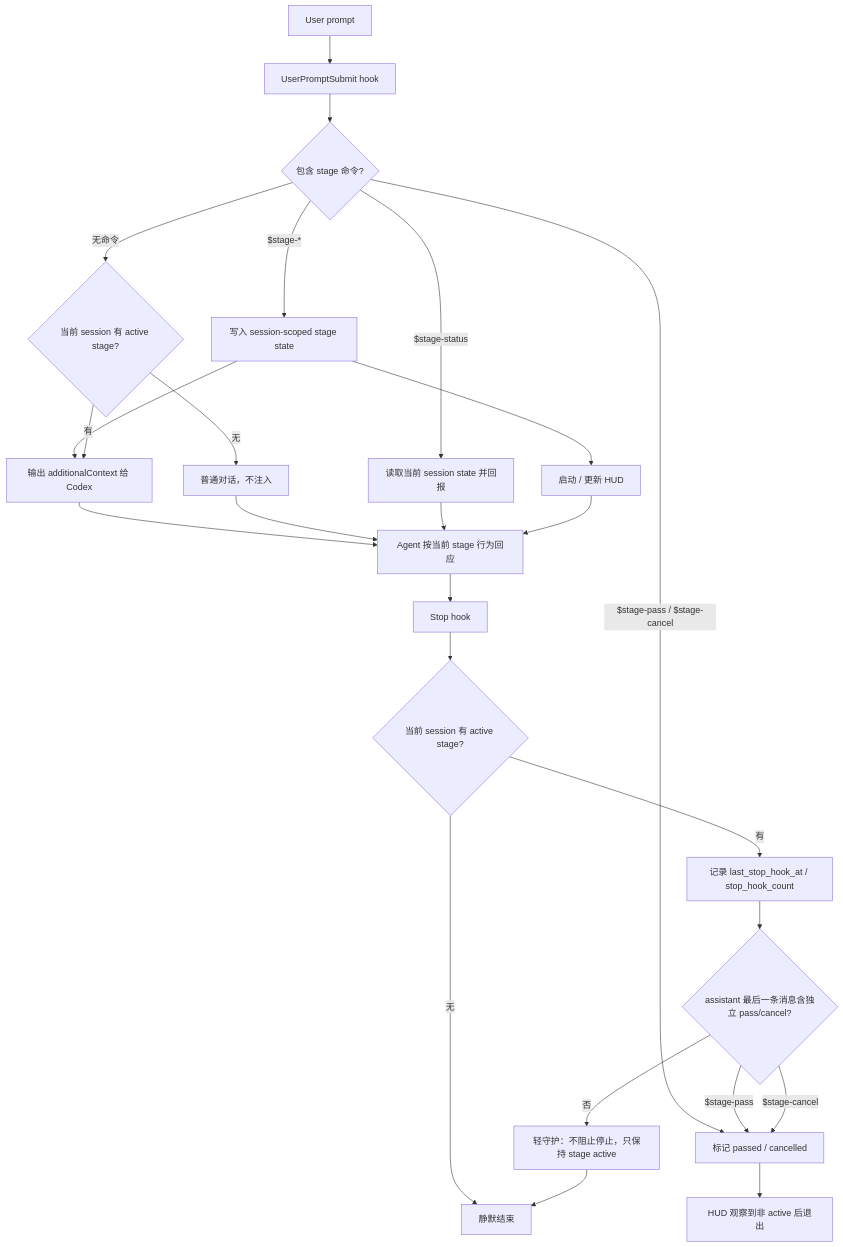
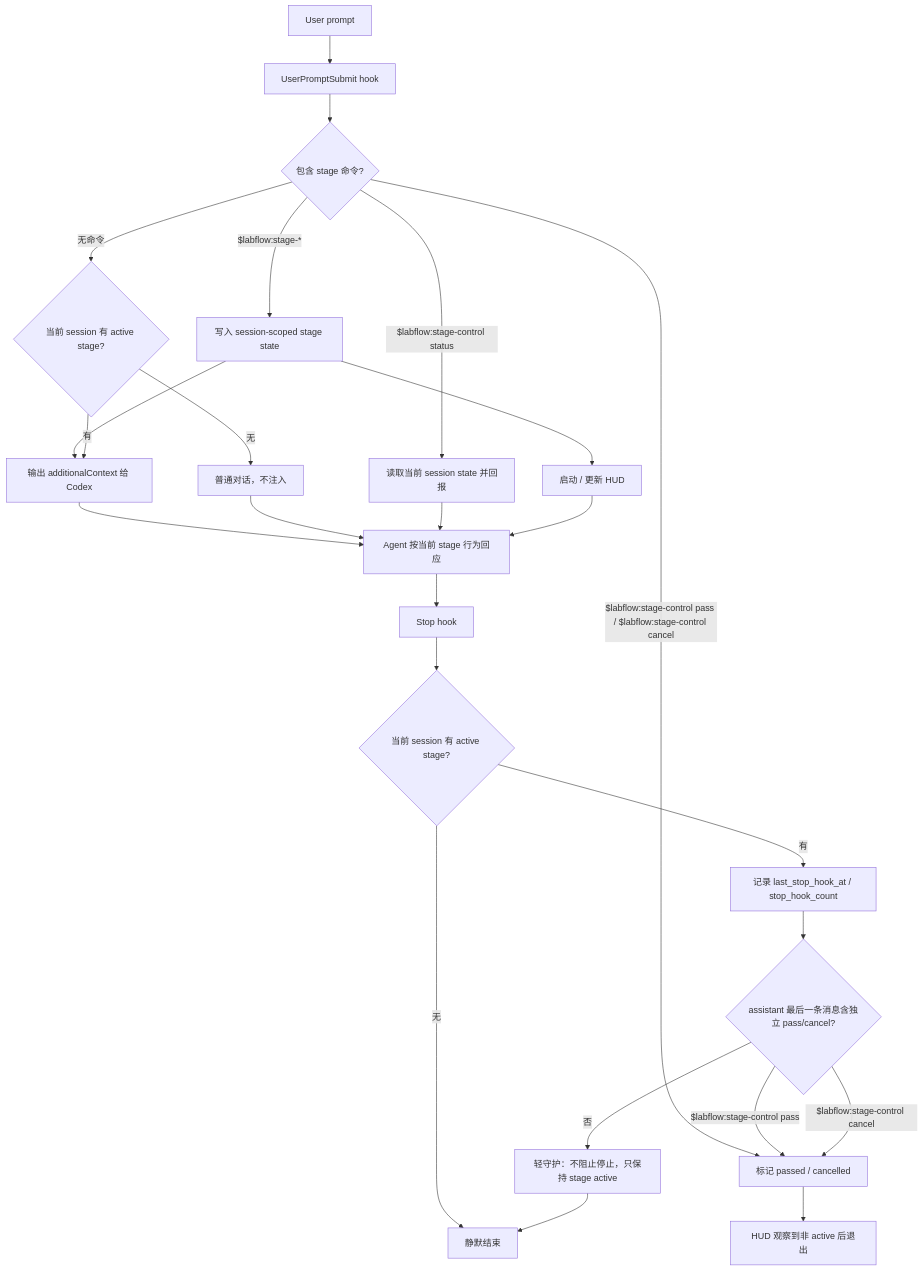
Before and after one commit to riemac/labflow: the diagram in plugins/labflow/prompts/stage-AGENTS_CN.md, drawn with Mermaid. The commit also changed 11 other files, not shown here.

Commit message:
fix: require labflow-prefixed stage commands

````diff
--- a/plugins/labflow/prompts/stage-AGENTS_CN.md
+++ b/plugins/labflow/prompts/stage-AGENTS_CN.md
@@ -31,32 +31,32 @@
 ```mermaid
 flowchart TD
     U[User prompt] --> UPS[UserPromptSubmit hook]
 
     UPS --> HasCmd{包含 stage 命令?}
-    HasCmd -->|$stage-*| Enter[写入 session-scoped stage state]
+    HasCmd -->|$labflow:stage-*| Enter[写入 session-scoped stage state]
     Enter --> HUDStart[启动 / 更新 HUD]
     Enter --> Inject[输出 additionalContext 给 Codex]
 
-    HasCmd -->|$stage-status| Status[读取当前 session state 并回报]
-    HasCmd -->|$stage-pass / $stage-cancel| Finish[标记 passed / cancelled]
+    HasCmd -->|$labflow:stage-control status| Status[读取当前 session state 并回报]
+    HasCmd -->|$labflow:stage-control pass / $labflow:stage-control cancel| Finish[标记 passed / cancelled]
     Finish --> HUDStop[HUD 观察到非 active 后退出]
 
     HasCmd -->|无命令| CheckActive{当前 session 有 active stage?}
     CheckActive -->|有| Inject
     CheckActive -->|无| Normal[普通对话，不注入]
 
     Inject --> Agent[Agent 按当前 stage 行为回应]
     Normal --> Agent
     Status --> Agent
     HUDStart --> Agent
 
     Agent --> StopHook[Stop hook]
     StopHook --> StopActive{当前 session 有 active stage?}
     StopActive -->|无| Silent[静默结束]
     StopActive -->|有| Heartbeat[记录 last_stop_hook_at / stop_hook_count]
     Heartbeat --> Guard{assistant 最后一条消息含独立 pass/cancel?}
-    Guard -->|$stage-pass| Finish
-    Guard -->|$stage-cancel| Finish
+    Guard -->|$labflow:stage-control pass| Finish
+    Guard -->|$labflow:stage-control cancel| Finish
     Guard -->|否| Reminder[轻守护：不阻止停止，只保持 stage active]
     Reminder --> Silent
 ```
````
